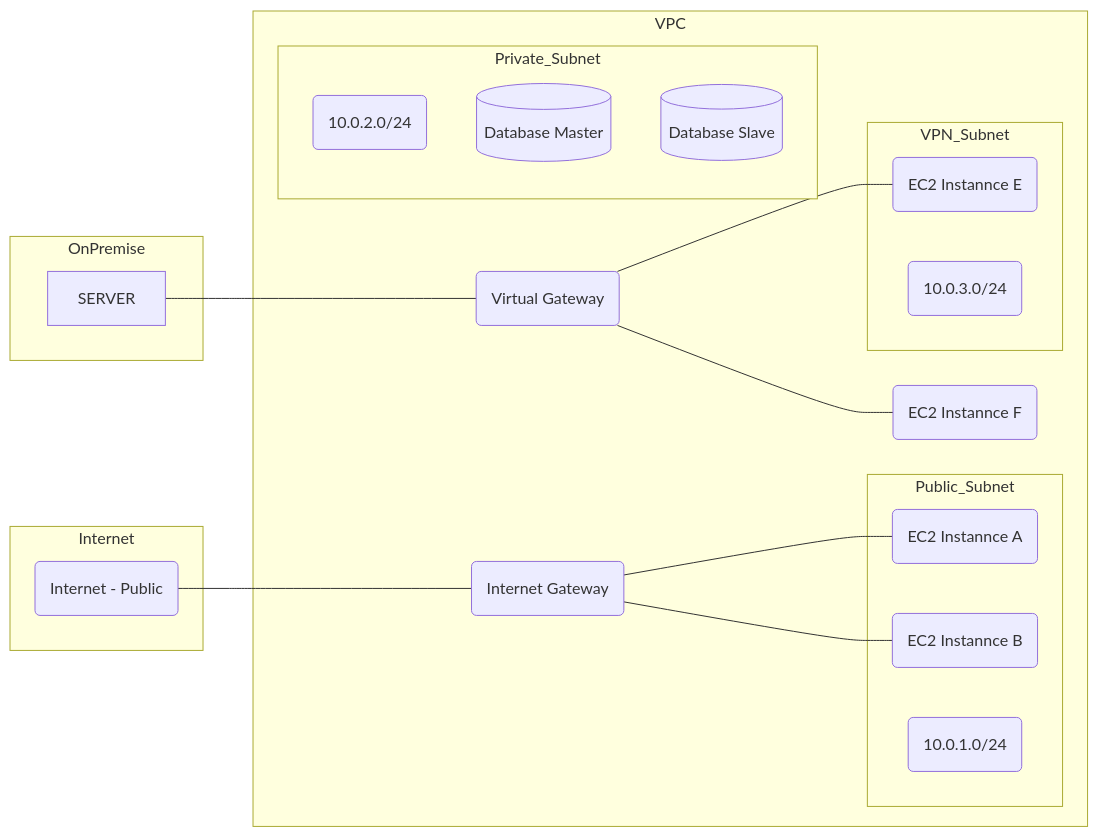
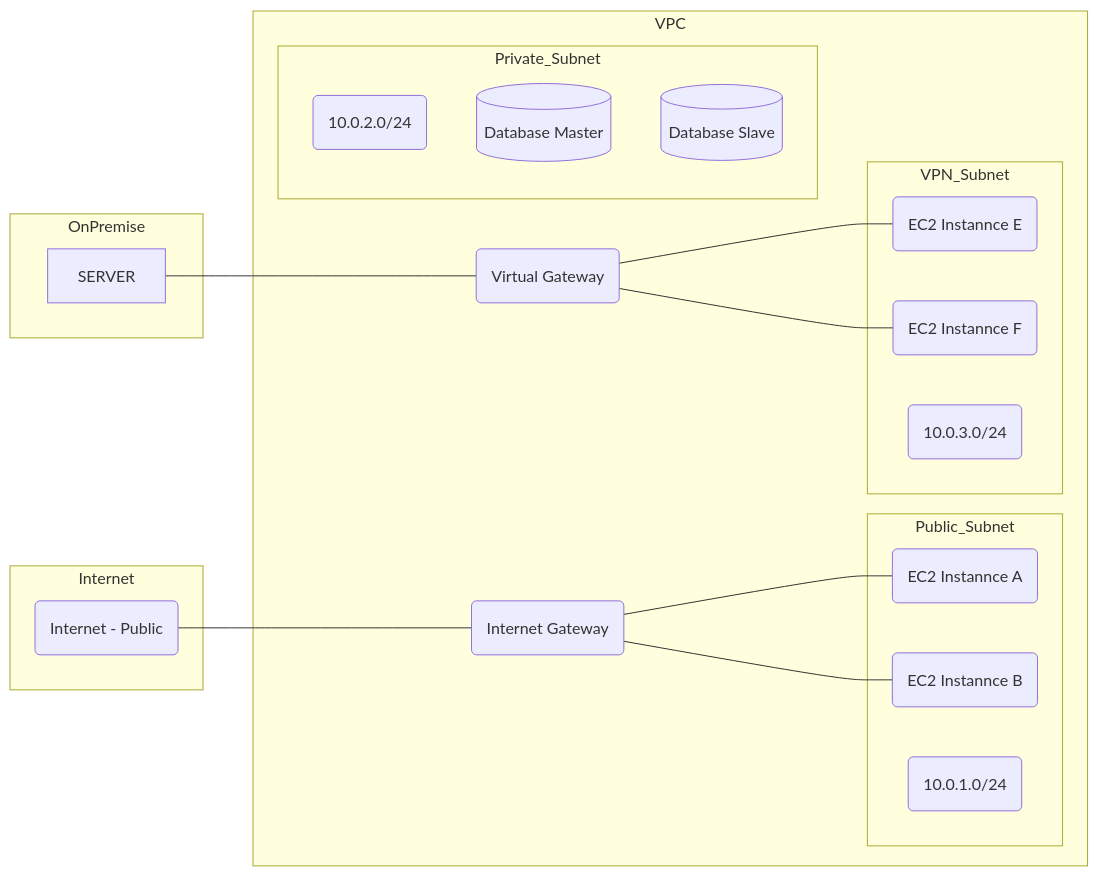
Before and after one commit to harryho/blog-hugo: the diagram in content/cloud/aws-note-2.md, drawn with Mermaid. The commit also changed other lines of this file and 1 other file, not shown here.

```diff
--- a/content/cloud/aws-note-2.md
+++ b/content/cloud/aws-note-2.md
@@ -44,37 +44,38 @@
 {{<mermaid>}}
 graph RL
     IGW(Internet Gateway)
     VGW(Virtual Gateway)
     INTER(Internet - Public)
     IGW --- INTER
     VGW --- SERVER
     subgraph VPC
         EC2_A(EC2 Instannce A) --- IGW
         EC2_B(EC2 Instannce B) --- IGW
         EC2_E(EC2 Instannce E) --- VGW
         EC2_F(EC2 Instannce F) --- VGW
         subgraph Private_Subnet
              PrivSubet(10.0.2.0/24)
              EC2_C[(Database Master)]
              EC2_D[(Database Slave)]
         end
         subgraph VPN_Subnet
              VPNIPv4(10.0.3.0/24)
              EC2_E
+             EC2_F
         end
         subgraph Public_Subnet
             PubIPv4(10.0.1.0/24)
             EC2_A
             EC2_B
         end
     end
     IGW
     subgraph Internet
         INTER
     end
     subgraph OnPremise
         SERVER
     end
 
 
 {{</mermaid>}}
```
